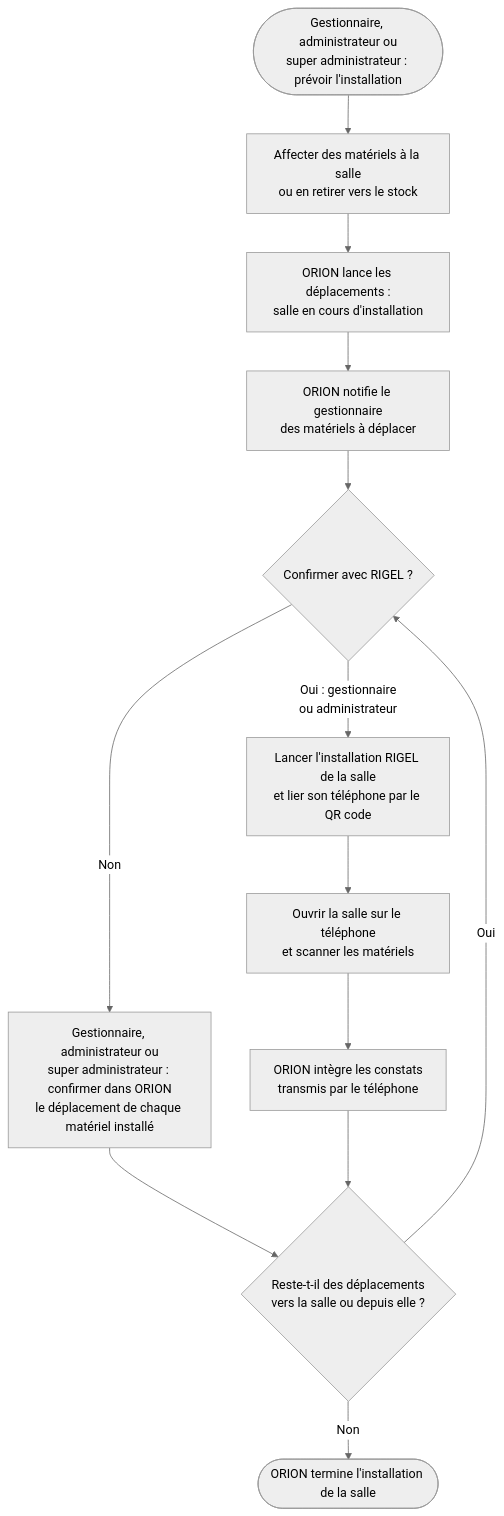
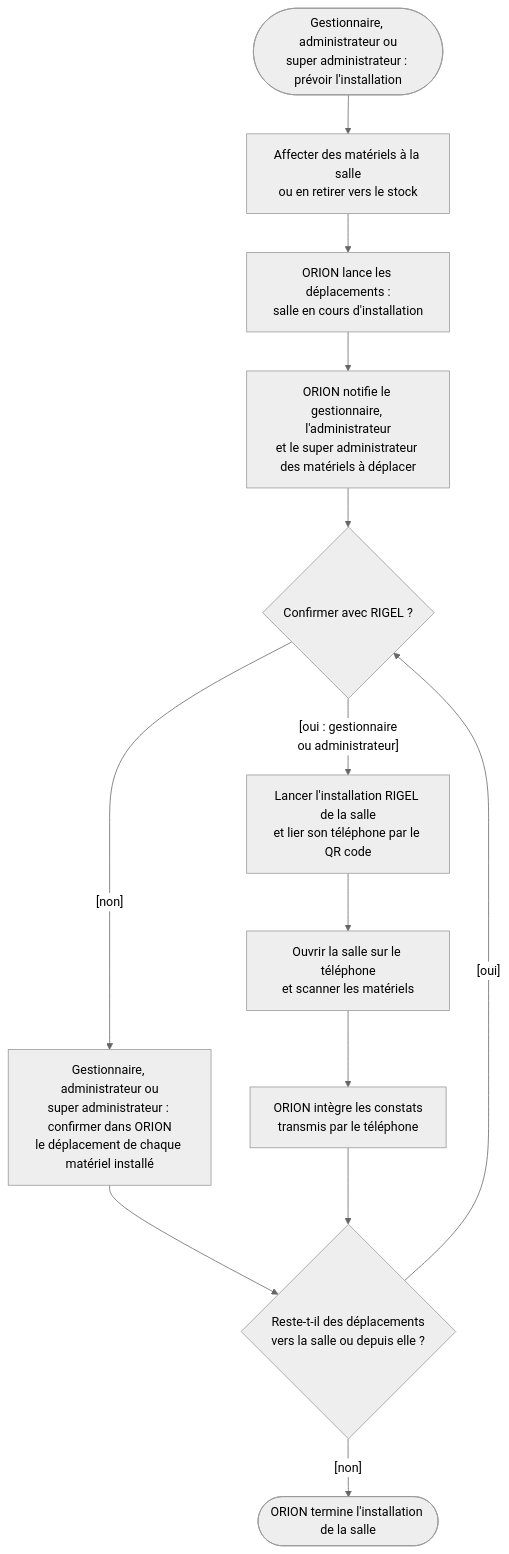
The ninth of 10 diagrams in docs/02-ANALYSE/01-MODELISATION-METIER/02-DIAGRAMMES-ACTIVITE.md (bpierrelouis/aster), drawn with Mermaid (neutral theme) before and after one commit. The commit also changed other lines of this file and 34 other files, not shown here.

First line of the commit message:
docs(diagrammes): aligner les diagrammes UML sur le code et les remettre en page

````diff
--- a/docs/02-ANALYSE/01-MODELISATION-METIER/02-DIAGRAMMES-ACTIVITE.md
+++ b/docs/02-ANALYSE/01-MODELISATION-METIER/02-DIAGRAMMES-ACTIVITE.md
@@ -166,15 +175,15 @@
 ```mermaid
 flowchart TD
     debut(["Gestionnaire, administrateur ou<br/>super administrateur : prévoir l'installation"]) --> affecter["Affecter des matériels à la salle<br/>ou en retirer vers le stock"]
     affecter --> deplacements["ORION lance les déplacements :<br/>salle en cours d'installation"]
-    deplacements --> notifier["ORION notifie le gestionnaire<br/>des matériels à déplacer"]
+    deplacements --> notifier["ORION notifie le gestionnaire, l'administrateur<br/>et le super administrateur des matériels à déplacer"]
     notifier --> mode{"Confirmer avec RIGEL ?"}
-    mode -->|"Non"| confirmer["Gestionnaire, administrateur ou<br/>super administrateur : confirmer dans ORION<br/>le déplacement de chaque matériel installé"]
-    mode -->|"Oui : gestionnaire<br/>ou administrateur"| lier["Lancer l'installation RIGEL de la salle<br/>et lier son téléphone par le QR code"]
+    mode -->|"[non]"| confirmer["Gestionnaire, administrateur ou<br/>super administrateur : confirmer dans ORION<br/>le déplacement de chaque matériel installé"]
+    mode -->|"[oui : gestionnaire<br/>ou administrateur]"| lier["Lancer l'installation RIGEL de la salle<br/>et lier son téléphone par le QR code"]
     lier --> scanner["Ouvrir la salle sur le téléphone<br/>et scanner les matériels"]
     scanner --> integrer["ORION intègre les constats<br/>transmis par le téléphone"]
     confirmer --> reste{"Reste-t-il des déplacements<br/>vers la salle ou depuis elle ?"}
     integrer --> reste
-    reste -->|"Oui"| mode
-    reste -->|"Non"| terminee(["ORION termine l'installation de la salle"])
+    reste -->|"[oui]"| mode
+    reste -->|"[non]"| terminee(["ORION termine l'installation de la salle"])
 ```
````
